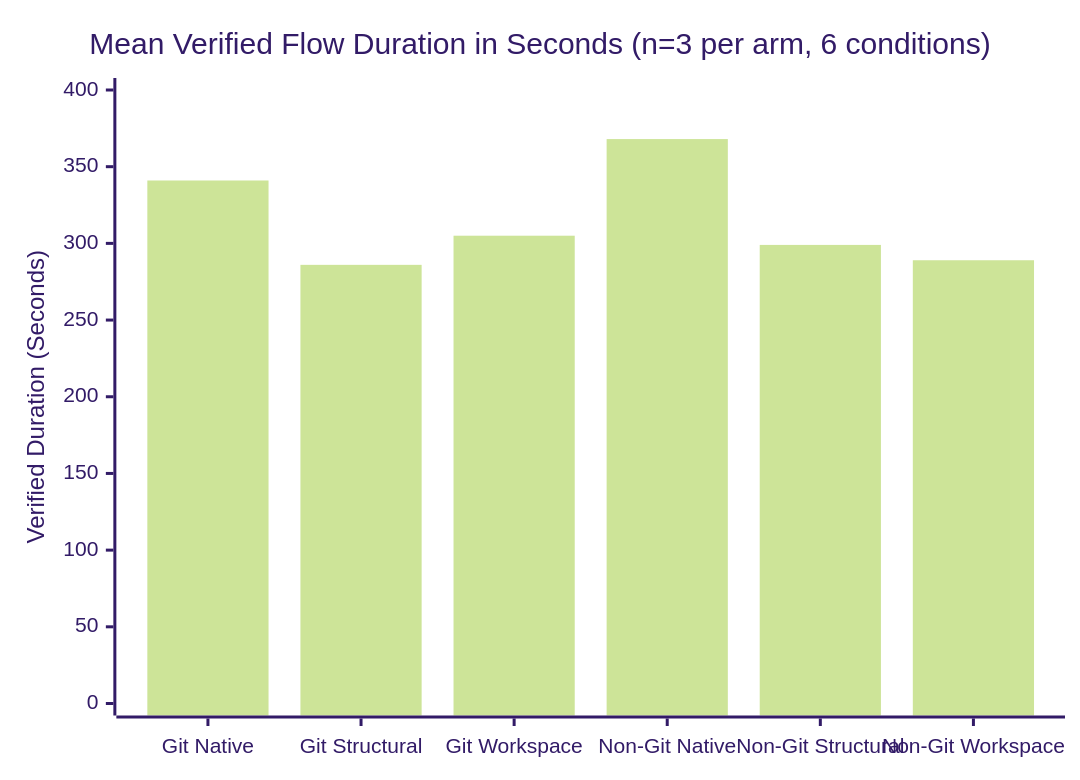
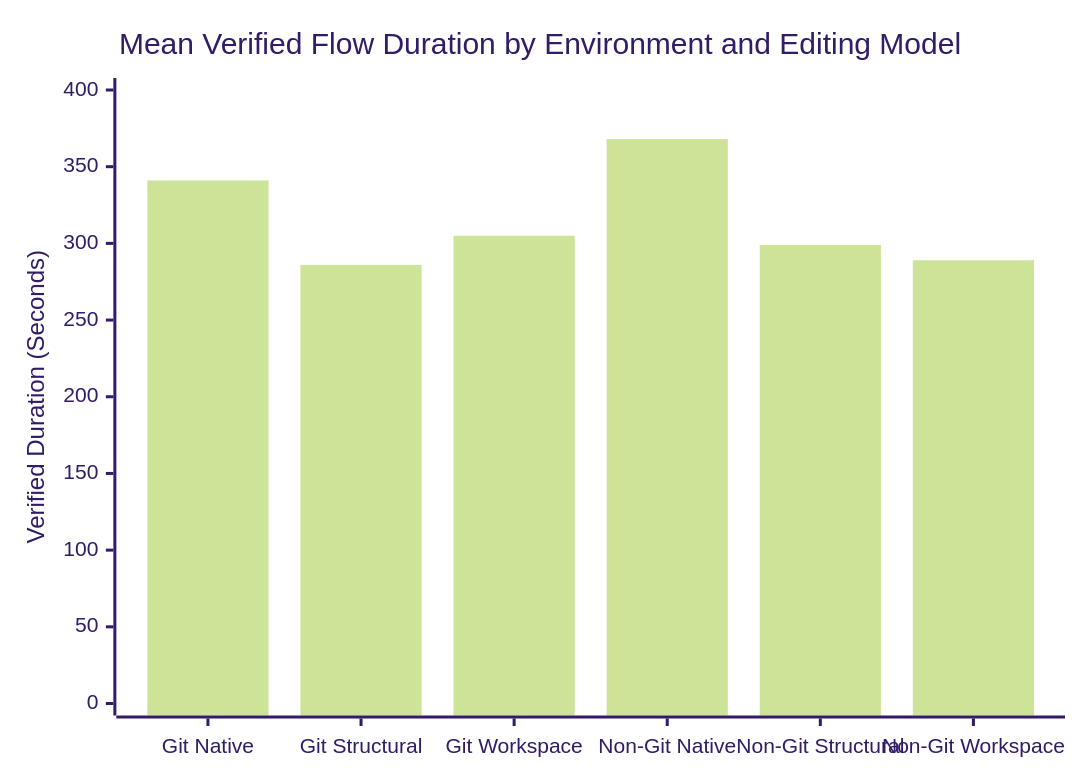
One commit to paragon-ux/Patch-DIFF changed the diagram in README.md. Above: the diagram before and after it, drawn with Mermaid (forest theme). The commit also changed other lines of this file and 2 other files, not shown here.

Commit message:
docs(formatting): integrate refined visual architecture diagrams and mathematical display blocks

````diff
--- a/README.md
+++ b/README.md
@@ -147,7 +147,7 @@
 ```mermaid
 xychart-beta
-    title "Mean Verified Flow Duration in Seconds (n=3 per arm, 6 conditions)"
+    title "Mean Verified Flow Duration by Environment and Editing Model"
     x-axis ["Git Native", "Git Structural", "Git Workspace", "Non-Git Native", "Non-Git Structural", "Non-Git Workspace"]
     y-axis "Verified Duration (Seconds)" 0 --> 400
     bar [341, 286, 305, 368, 299, 289]
 ```
````
